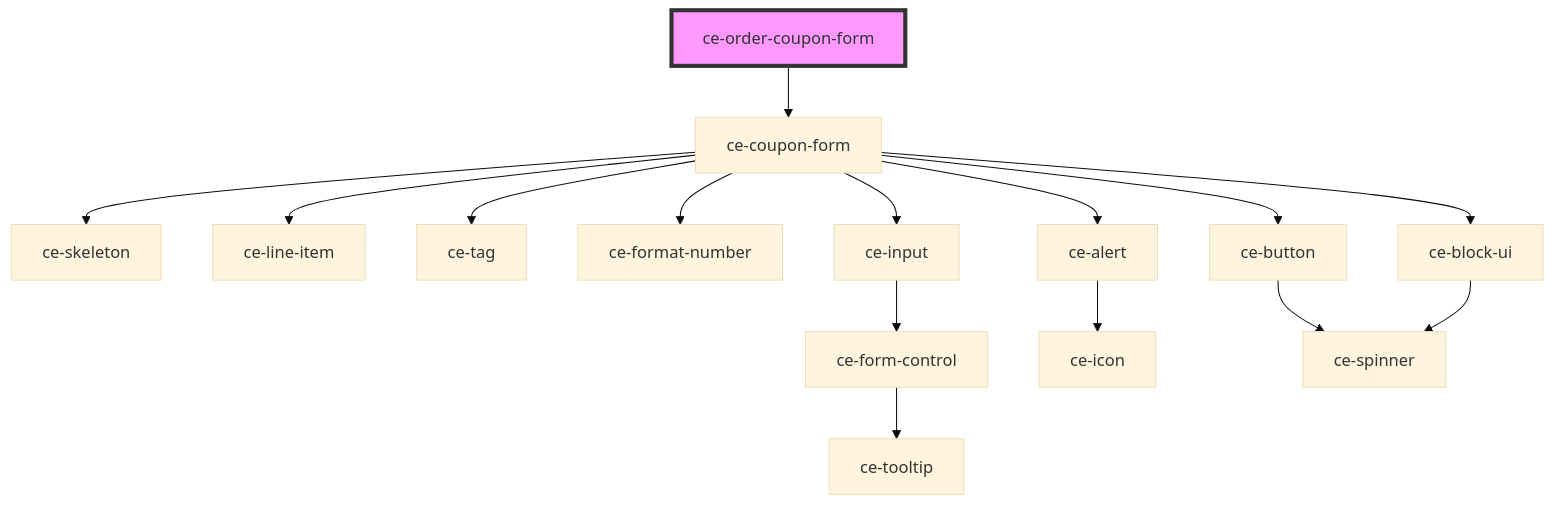
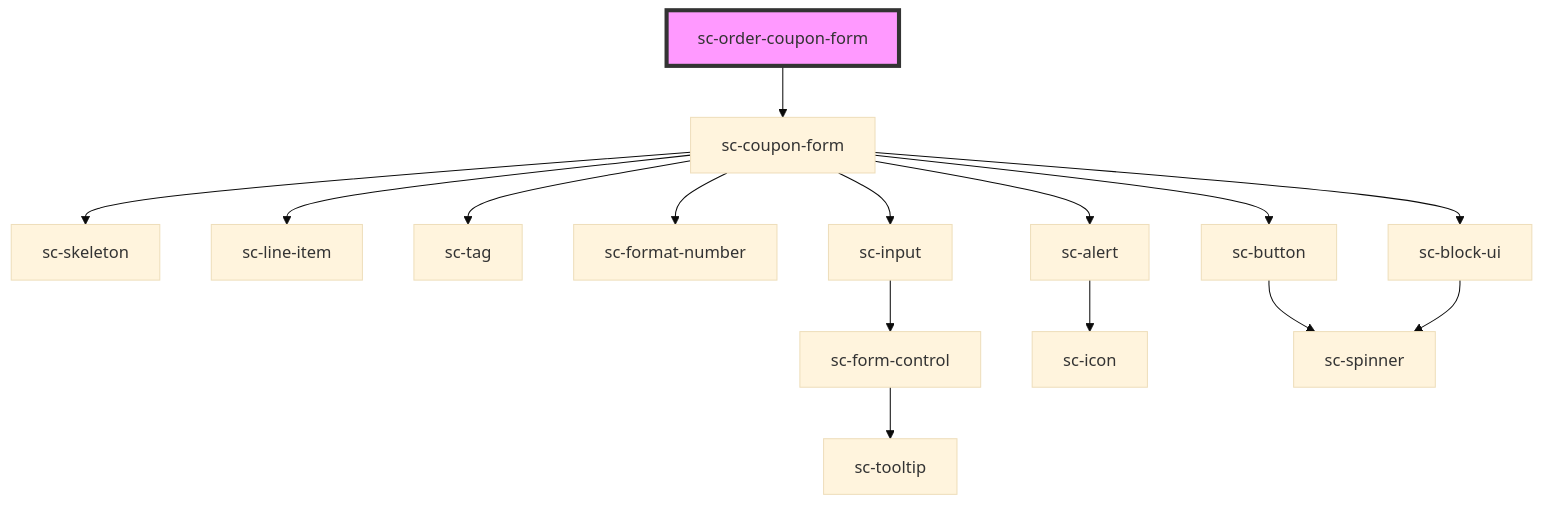
One commit to surecart/surecart-wp-plugin changed the diagram in packages/components/src/components/controllers/checkout-form/order-coupon-form/readme.md. Above: the diagram before and after it, drawn with Mermaid (base theme). The commit also changed other lines of this file and 1281 other files, not shown here.

````diff
--- a/packages/components/src/components/controllers/checkout-form/order-coupon-form/readme.md
+++ b/packages/components/src/components/controllers/checkout-form/order-coupon-form/readme.md
@@ -34,18 +34,18 @@
 ```mermaid
 graph TD;
-  ce-order-coupon-form --> ce-coupon-form
-  ce-coupon-form --> ce-skeleton
-  ce-coupon-form --> ce-line-item
-  ce-coupon-form --> ce-tag
-  ce-coupon-form --> ce-format-number
-  ce-coupon-form --> ce-input
-  ce-coupon-form --> ce-alert
-  ce-coupon-form --> ce-button
-  ce-coupon-form --> ce-block-ui
-  ce-input --> ce-form-control
-  ce-form-control --> ce-tooltip
-  ce-alert --> ce-icon
-  ce-button --> ce-spinner
-  ce-block-ui --> ce-spinner
-  style ce-order-coupon-form fill:#f9f,stroke:#333,stroke-width:4px
+  sc-order-coupon-form --> sc-coupon-form
+  sc-coupon-form --> sc-skeleton
+  sc-coupon-form --> sc-line-item
+  sc-coupon-form --> sc-tag
+  sc-coupon-form --> sc-format-number
+  sc-coupon-form --> sc-input
+  sc-coupon-form --> sc-alert
+  sc-coupon-form --> sc-button
+  sc-coupon-form --> sc-block-ui
+  sc-input --> sc-form-control
+  sc-form-control --> sc-tooltip
+  sc-alert --> sc-icon
+  sc-button --> sc-spinner
+  sc-block-ui --> sc-spinner
+  style sc-order-coupon-form fill:#f9f,stroke:#333,stroke-width:4px
 ```
````
